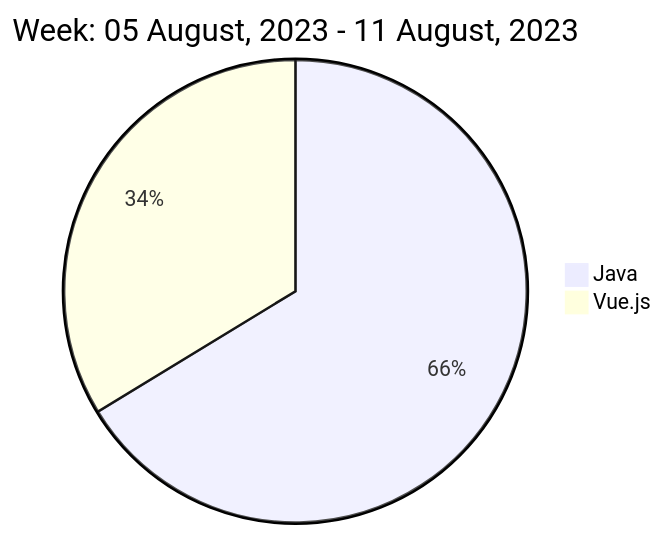
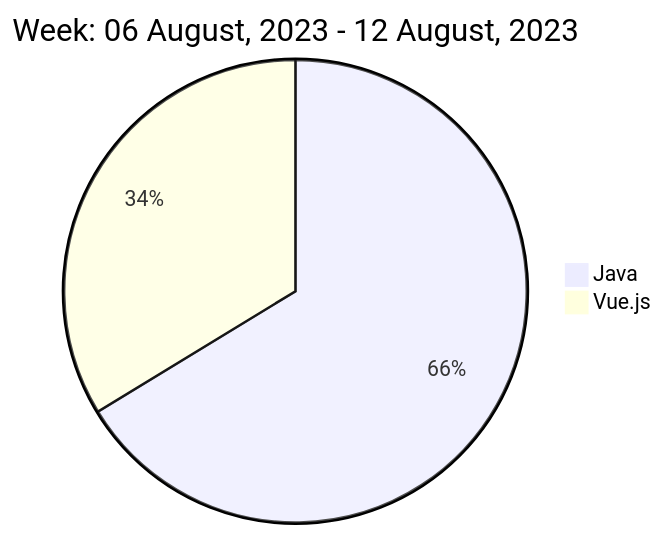
The diagram in README.md (liubin95/liubin95), drawn with Mermaid before and after one commit.

Commit message:
Updated the Graph with new Metrics

````diff
--- a/README.md
+++ b/README.md
@@ -40,6 +40,6 @@
 ```mermaid
  pie
-title Week: 05 August, 2023 - 11 August, 2023
+title Week: 06 August, 2023 - 12 August, 2023
  "Java" : 5.27
  "Vue.js" : 2.68
 ```
````
